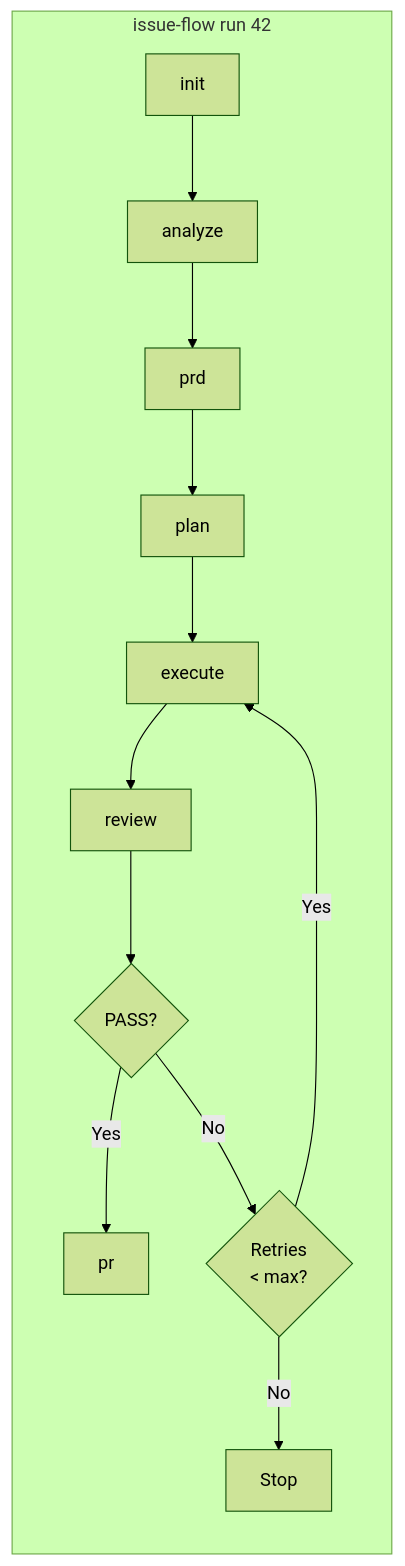
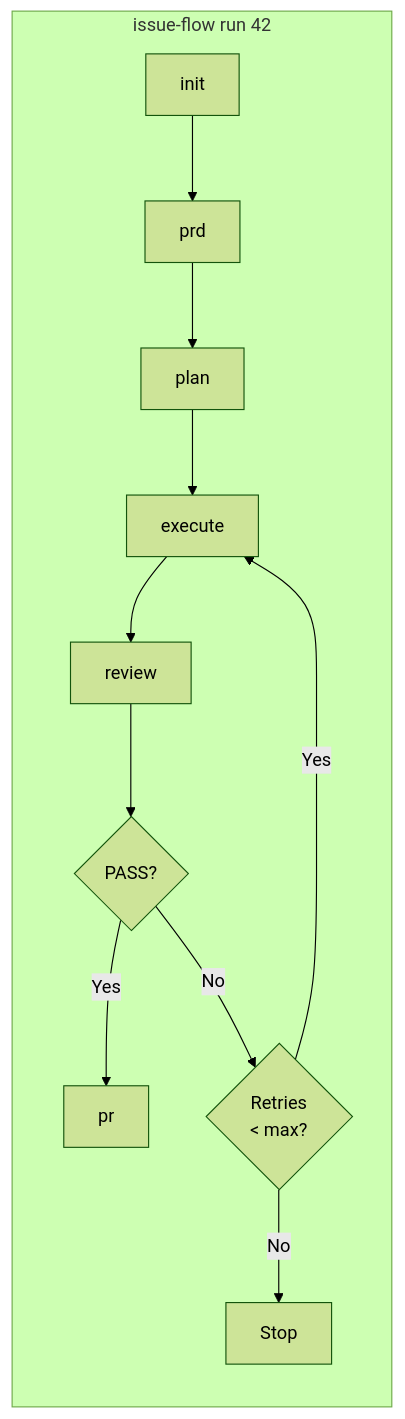
One commit to fabioassuncao/issue-flow changed the diagram in README.md. Above: the diagram before and after it, drawn with Mermaid (forest theme). The commit also changed other lines of this file and 14 other files, not shown here.

````diff
--- a/README.md
+++ b/README.md
@@ -37,15 +37,14 @@
 ```mermaid
 flowchart LR
     subgraph "issue-flow run 42"
-        A["init"] --> B["analyze"]
-        B --> C["prd"]
-        C --> D["plan"]
-        D --> E["execute"]
-        E --> F["review"]
-        F --> G{PASS?}
-        G -- Yes --> H["pr"]
-        G -- No --> I{"Retries\n< max?"}
-        I -- Yes --> E
-        I -- No --> J["Stop"]
+        A["init"] --> B["prd"]
+        B --> C["plan"]
+        C --> D["execute"]
+        D --> E["review"]
+        E --> F{PASS?}
+        F -- Yes --> G["pr"]
+        F -- No --> H{"Retries\n< max?"}
+        H -- Yes --> D
+        H -- No --> I["Stop"]
     end
 ```
````
